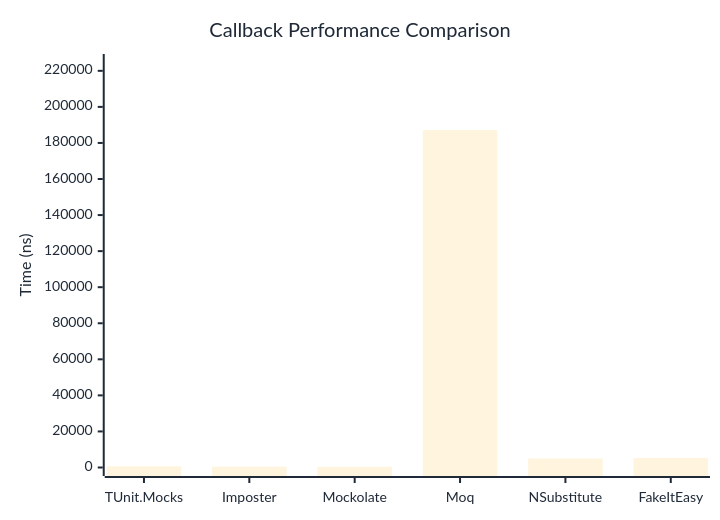
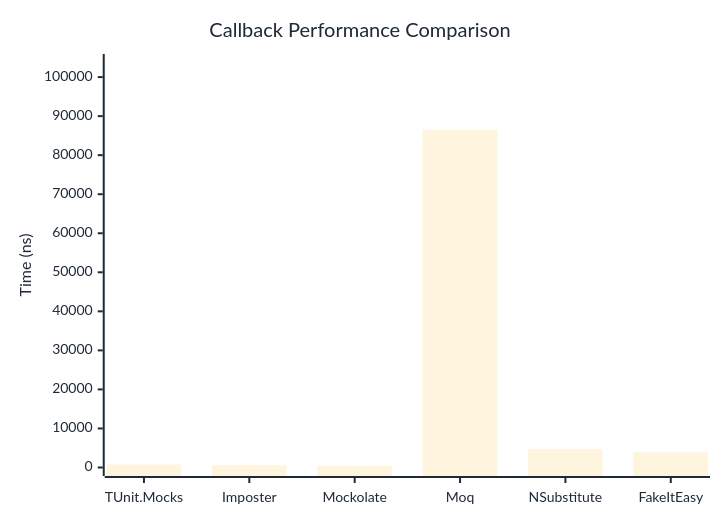
Before and after one commit to thomhurst/TUnit: the first of 2 diagrams in docs/docs/benchmarks/mocks/Callback.md, drawn with Mermaid. The commit also changed other lines of this file and 14 other files, not shown here.

````diff
--- a/docs/docs/benchmarks/mocks/Callback.md
+++ b/docs/docs/benchmarks/mocks/Callback.md
@@ -30,27 +30,27 @@
 ```mermaid
 %%{init: {
   'theme':'base',
   'themeVariables': {
     'primaryColor': '#2563eb',
     'primaryTextColor': '#1f2937',
     'primaryBorderColor': '#1e40af',
     'lineColor': '#6b7280',
     'secondaryColor': '#7c3aed',
     'tertiaryColor': '#dc2626',
     'background': '#ffffff',
     'pie1': '#2563eb',
     'pie2': '#7c3aed',
     'pie3': '#dc2626',
     'pie4': '#f59e0b',
     'pie5': '#10b981',
     'pie6': '#06b6d4',
     'pie7': '#ec4899',
     'pie8': '#6366f1'
   }
 }}%%
 xychart-beta
   title "Callback Performance Comparison"
   x-axis ["TUnit.Mocks", "Imposter", "Mockolate", "Moq", "NSubstitute", "FakeItEasy"]
-  y-axis "Time (ns)" 0 --> 224618
-  bar [671, 446.1, 349, 187181.2, 5018, 5318.4]
+  y-axis "Time (ns)" 0 --> 103738
+  bar [766.2, 541.9, 461, 86447.7, 4686.8, 3904.2]
 ```
````
